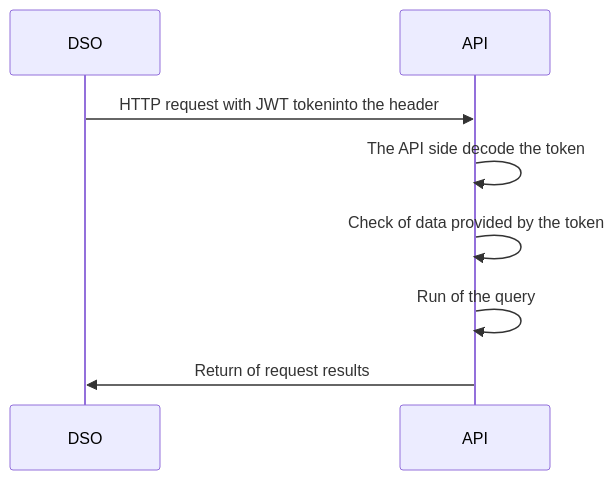
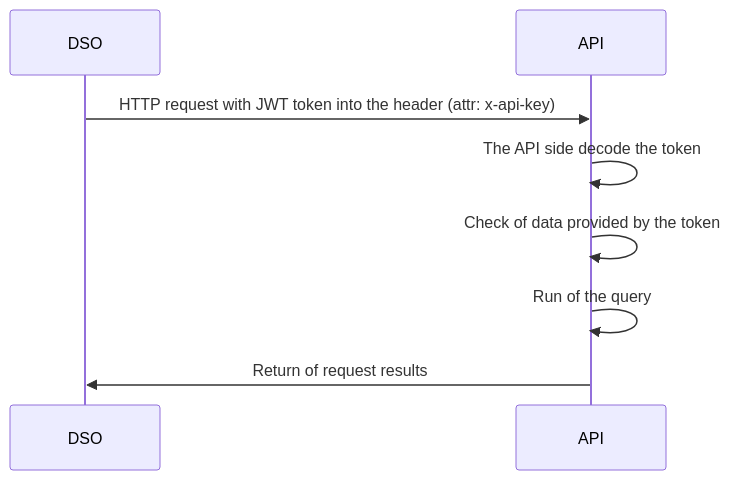
Before and after one commit to dnum-mi/referentiel-applications-specs: the first of 2 diagrams in docs/GestionDroits.md, drawn with Mermaid. The commit also changed other lines of this file, not shown here.

````diff
--- a/docs/GestionDroits.md
+++ b/docs/GestionDroits.md
@@ -25,11 +25,11 @@
 ```mermaid
 sequenceDiagram
 	participant	DSO
 	participant	API
 	
-	DSO ->> API: HTTP request with JWT tokeninto the header
+	DSO ->> API: HTTP request with JWT token into the header (attr: x-api-key)
 	API ->> API: The API side decode the token
 	API ->> API: Check of data provided by the token
 	API ->> API: Run of the query
 	API ->> DSO: Return of request results
 ```
````
